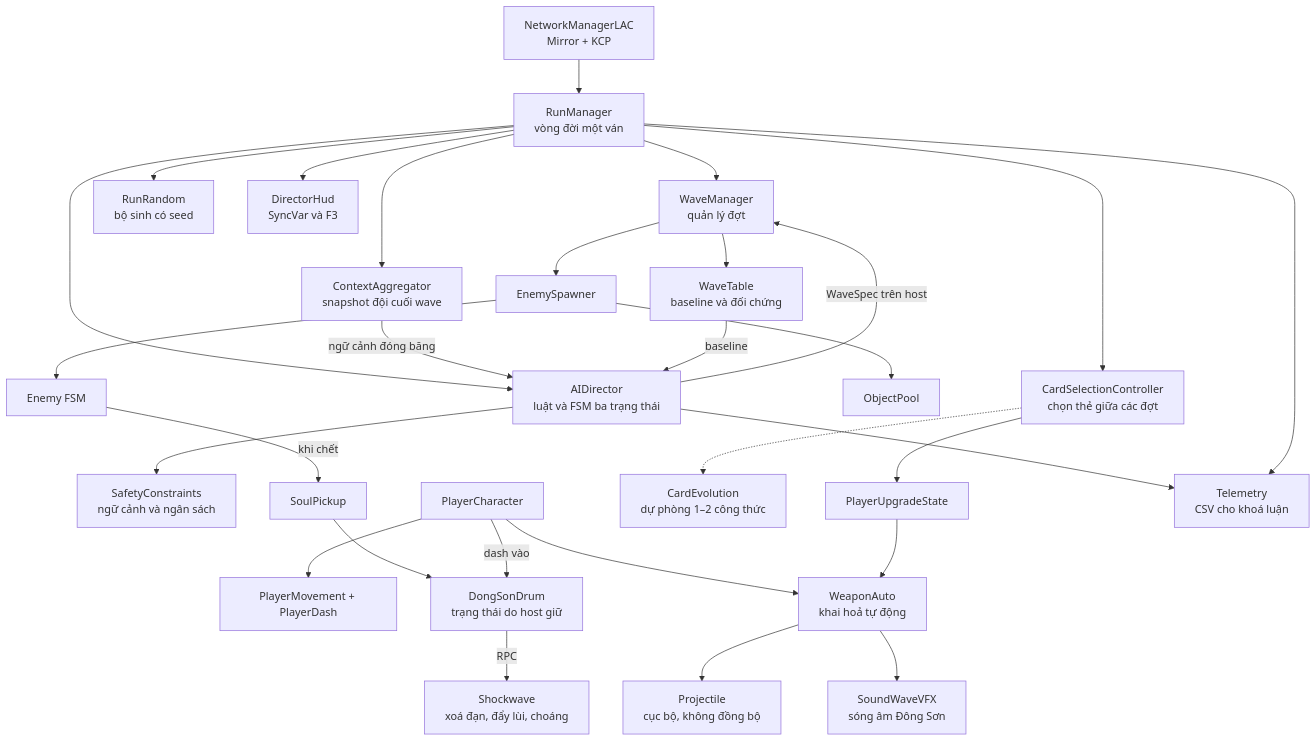
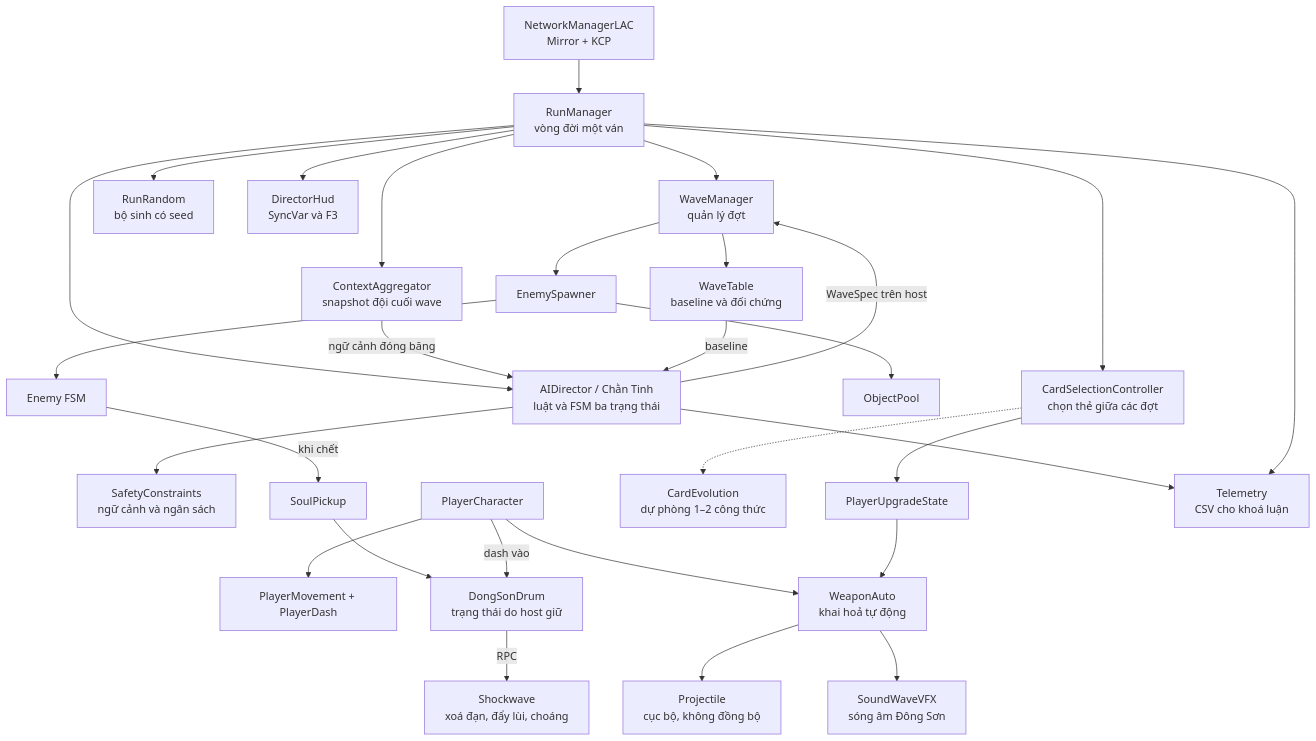
The diagram in docs/ARCHITECTURE.md (HyKiet/LAC), drawn with Mermaid before and after one commit. The commit also changed other lines of this file and 30 other files, not shown here.

````diff
--- a/docs/ARCHITECTURE.md
+++ b/docs/ARCHITECTURE.md
@@ -13,37 +13,37 @@
 ```mermaid
 graph TD
     NM[NetworkManagerLAC<br/>Mirror + KCP] --> RM[RunManager<br/>vòng đời một ván]
     RM --> WM[WaveManager<br/>quản lý đợt]
     RM --> CM[CardSelectionController<br/>chọn thẻ giữa các đợt]
     RM --> RNG[RunRandom<br/>bộ sinh có seed]
 
-    RM --> DIR[AIDirector<br/>luật và FSM ba trạng thái]
+    RM --> DIR[AIDirector / Chằn Tinh<br/>luật và FSM ba trạng thái]
     RM --> AGG[ContextAggregator<br/>snapshot đội cuối wave]
     AGG -->|ngữ cảnh đóng băng| DIR
     WM --> FIX[WaveTable<br/>baseline và đối chứng]
     FIX -->|baseline| DIR
     DIR --> SAFE[SafetyConstraints<br/>ngữ cảnh và ngân sách]
     DIR -->|WaveSpec trên host| WM
     RM --> HUD[DirectorHud<br/>SyncVar và F3]
     WM --> SPW[EnemySpawner]
 
     SPW --> POOL[ObjectPool]
     SPW --> ENE[Enemy FSM]
 
     PC[PlayerCharacter] --> MOV[PlayerMovement + PlayerDash]
     PC --> WEAP[WeaponAuto<br/>khai hoả tự động]
     WEAP --> PROJ[Projectile<br/>cục bộ, không đồng bộ]
     WEAP --> SFX[SoundWaveVFX<br/>sóng âm Đông Sơn]
 
     ENE -->|khi chết| SOUL[SoulPickup]
     SOUL --> DRUM[DongSonDrum<br/>trạng thái do host giữ]
     PC -->|dash vào| DRUM
     DRUM -->|RPC| SHOCK[Shockwave<br/>xoá đạn, đẩy lùi, choáng]
 
     CM -.-> EVO[CardEvolution<br/>dự phòng 1–2 công thức]
     CM --> STATS[PlayerUpgradeState]
     STATS --> WEAP
 
     DIR --> TEL[Telemetry<br/>CSV cho khoá luận]
     RM --> TEL
 ```
````
